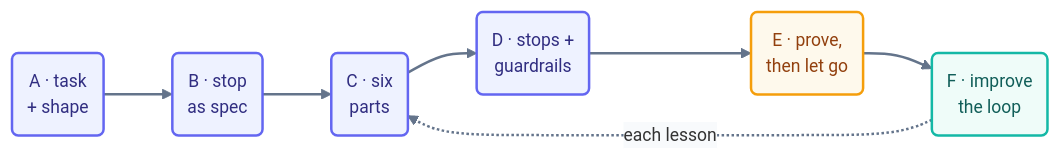
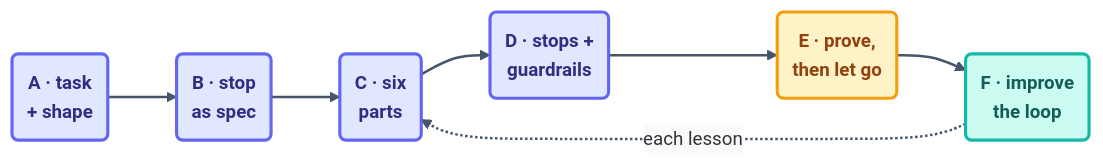
The diagram in docs/09-methods/make-your-own-loop.md (ayeshakhalid192007-dev/LoopEngineering-CrashCourse), drawn with Mermaid before and after one commit. The commit also changed 66 other files, not shown here.

First line of the commit message:
docs(diagrams): visibly bolder pass — deeper fills, heavier strokes, semibold labels

````diff
--- a/docs/09-methods/make-your-own-loop.md
+++ b/docs/09-methods/make-your-own-loop.md
@@ -60,12 +60,12 @@
 ```mermaid
-%%{init: {'theme':'base','themeVariables':{'fontFamily':'ui-sans-serif, system-ui, sans-serif','fontSize':'14px','lineColor':'#64748b','edgeLabelBackground':'#f8fafc'},'flowchart':{'curve':'basis','nodeSpacing':45,'rankSpacing':55,'padding':12}}}%%
+%%{init: {'theme':'base','themeVariables':{'fontFamily':'ui-sans-serif, system-ui, sans-serif','fontSize':'15px','lineColor':'#475569','edgeLabelBackground':'#f8fafc'},'flowchart':{'curve':'basis','nodeSpacing':45,'rankSpacing':55,'padding':12}}}%%
 flowchart LR
     A("A · task<br/>+ shape"):::step --> B2("B · stop<br/>as spec"):::step
     B2 --> C("C · six<br/>parts"):::step --> D("D · stops +<br/>guardrails"):::step
     D --> E("E · prove,<br/>then let go"):::gate --> F("F · improve<br/>the loop"):::win
     F -.->|"each lesson"| C
-    linkStyle default stroke:#64748b,stroke-width:2px;
-    classDef step fill:#eef2ff,stroke:#6366f1,stroke-width:2px,color:#312e81;
-    classDef gate fill:#fef9ec,stroke:#f59e0b,stroke-width:2px,color:#92400e;
-    classDef win fill:#effcf9,stroke:#14b8a6,stroke-width:2px,color:#115e59;
+    linkStyle default stroke:#475569,stroke-width:2px;
+    classDef step fill:#e0e7ff,stroke:#6366f1,stroke-width:2.5px,color:#312e81,font-weight:600;
+    classDef gate fill:#fef3c7,stroke:#f59e0b,stroke-width:2.5px,color:#92400e,font-weight:600;
+    classDef win fill:#ccfbf1,stroke:#14b8a6,stroke-width:2.5px,color:#115e59,font-weight:600;
 ```
````
